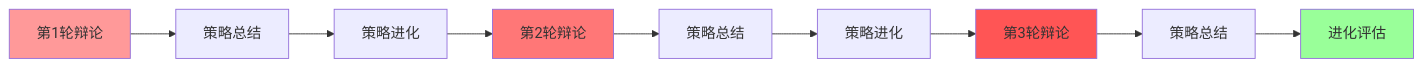
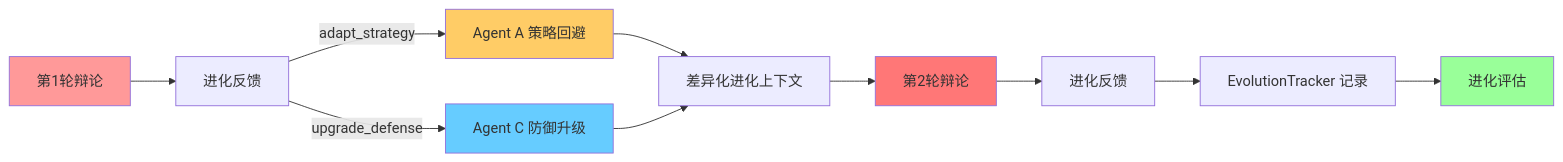
Before and after one commit to niujingbei0911-debug/causal-traitor: the sixth of 7 diagrams in docs/DESIGN.md, drawn with Mermaid. The commit also changed other lines of this file and 7 other files, not shown here.

````diff
--- a/docs/DESIGN.md
+++ b/docs/DESIGN.md
@@ -696,16 +696,18 @@
 ```mermaid
 graph LR
-    R1[第1轮辩论] --> S1[策略总结]
-    S1 --> E1[策略进化]
-    E1 --> R2[第2轮辩论]
-    R2 --> S2[策略总结]
-    S2 --> E2[策略进化]
-    E2 --> R3[第3轮辩论]
-    R3 --> S3[策略总结]
-    S3 --> EVAL[进化评估]
+    R1[第1轮辩论] --> FB1[进化反馈]
+    FB1 -->|adapt_strategy| A_EVO[Agent A 策略回避]
+    FB1 -->|upgrade_defense| C_EVO[Agent C 防御升级]
+    A_EVO --> CTX[差异化进化上下文]
+    C_EVO --> CTX
+    CTX --> R2[第2轮辩论]
+    R2 --> FB2[进化反馈]
+    FB2 --> TRACK[EvolutionTracker 记录]
+    TRACK --> EVAL[进化评估]
 
     style R1 fill:#ff9999
     style R2 fill:#ff7777
-    style R3 fill:#ff5555
+    style A_EVO fill:#ffcc66
+    style C_EVO fill:#66ccff
     style EVAL fill:#99ff99
 ```
````
